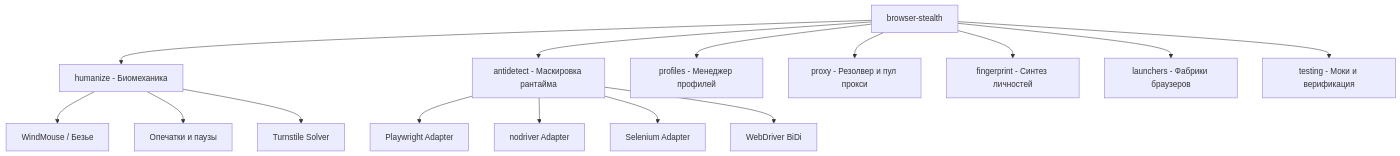
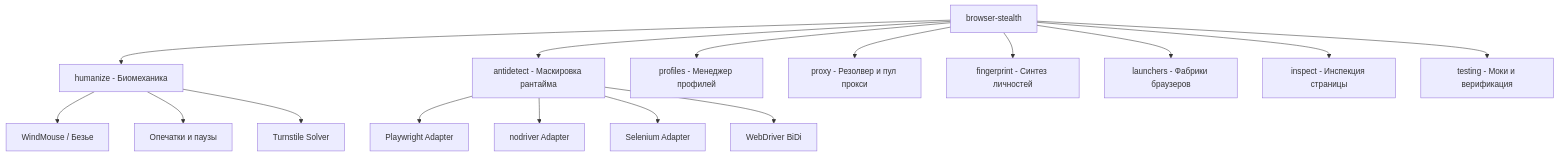
The diagram in docs/index.md (Chu4hel/browser-stealth), drawn with Mermaid before and after one commit. The commit also changed other lines of this file and 14 other files, not shown here.

````diff
--- a/docs/index.md
+++ b/docs/index.md
@@ -34,20 +35,21 @@
 ```mermaid
 graph TD
     BS[browser-stealth]
     BS --> H[humanize - Биомеханика]
     BS --> A[antidetect - Маскировка рантайма]
     BS --> P[profiles - Менеджер профилей]
     BS --> PR[proxy - Резолвер и пул прокси]
     BS --> F[fingerprint - Синтез личностей]
     BS --> L[launchers - Фабрики браузеров]
+    BS --> I[inspect - Инспекция страницы]
     BS --> T[testing - Моки и верификация]
 
     H --> H1[WindMouse / Безье]
     H --> H2[Опечатки и паузы]
     H --> H3[Turnstile Solver]
 
     A --> A1[Playwright Adapter]
     A --> A2[nodriver Adapter]
     A --> A3[Selenium Adapter]
     A --> A4[WebDriver BiDi]
 ```
````
